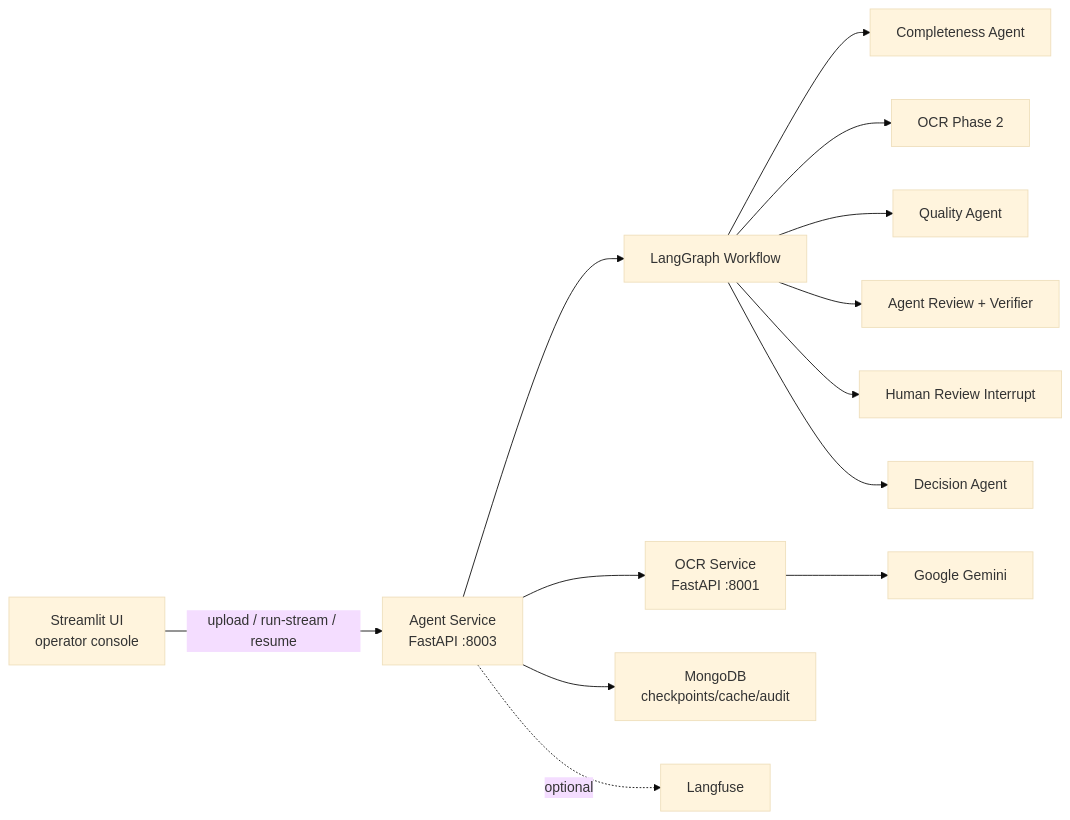
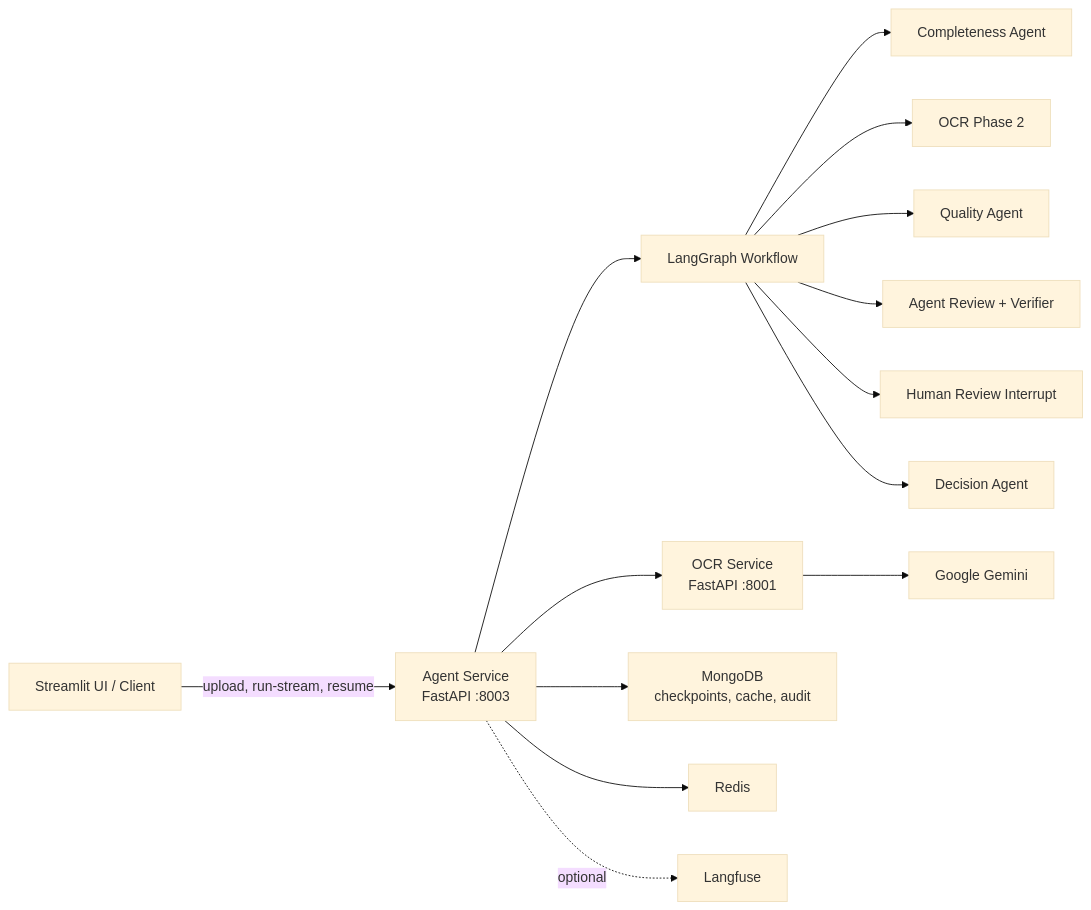
The diagram in README.md (anhtuan23004/Undergraduate-thesis-2026), drawn with Mermaid (base theme) before and after one commit. The commit also changed other lines of this file and 7 other files, not shown here.

````diff
--- a/README.md
+++ b/README.md
@@ -43,18 +34,19 @@
 ```mermaid
 flowchart LR
-    UI["Streamlit UI<br/>operator console"] -->|"upload / run-stream / resume"| AgentAPI["Agent Service<br/>FastAPI :8003"]
+    UI["Streamlit UI / Client"] -->|"upload, run-stream, resume"| AgentAPI["Agent Service<br/>FastAPI :8003"]
 
     AgentAPI --> Graph["LangGraph Workflow"]
     Graph --> Completeness["Completeness Agent"]
-    Graph --> OCR2["OCR Phase 2"]
+    Graph --> OCRPhase2["OCR Phase 2"]
     Graph --> Quality["Quality Agent"]
     Graph --> Review["Agent Review + Verifier"]
     Graph --> Human["Human Review Interrupt"]
     Graph --> Decision["Decision Agent"]
 
     AgentAPI --> OCR["OCR Service<br/>FastAPI :8001"]
     OCR --> Gemini["Google Gemini"]
 
-    AgentAPI --> Mongo["MongoDB<br/>checkpoints/cache/audit"]
+    AgentAPI --> Mongo["MongoDB<br/>checkpoints, cache, audit"]
+    AgentAPI --> Redis["Redis"]
     AgentAPI -. optional .-> Langfuse["Langfuse"]
 ```
````
